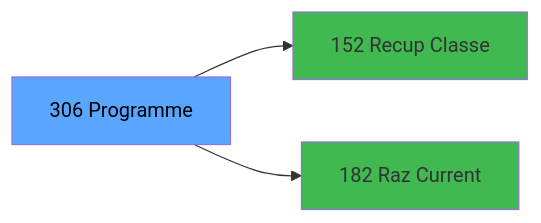
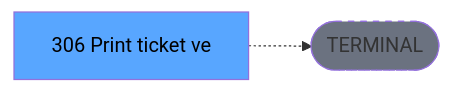
One commit to thonyAGP/lecteur-magic changed the third of 3 diagrams in .openspec/renders/ADH-IDE-306.md. Above: the diagram before and after it, drawn with Mermaid. The commit also changed other lines of this file and 701 other files, not shown here.

````diff
--- a/.openspec/renders/ADH-IDE-306.md
+++ b/.openspec/renders/ADH-IDE-306.md
@@ -148,11 +138,8 @@
 ```mermaid
 graph LR
-    T[306 Programme]
-    C152[152 Recup Classe]
-    T --> C152
-    C182[182 Raz Current ]
-    T --> C182
+    T[306 Print ticket ve]
+    TERM([TERMINAL])
+    T -.-> TERM
+    style TERM fill:#6b7280,stroke-dasharray: 5 5
     style T fill:#58a6ff,color:#000
-    style C152 fill:#3fb950
-    style C182 fill:#3fb950
 ```
````
